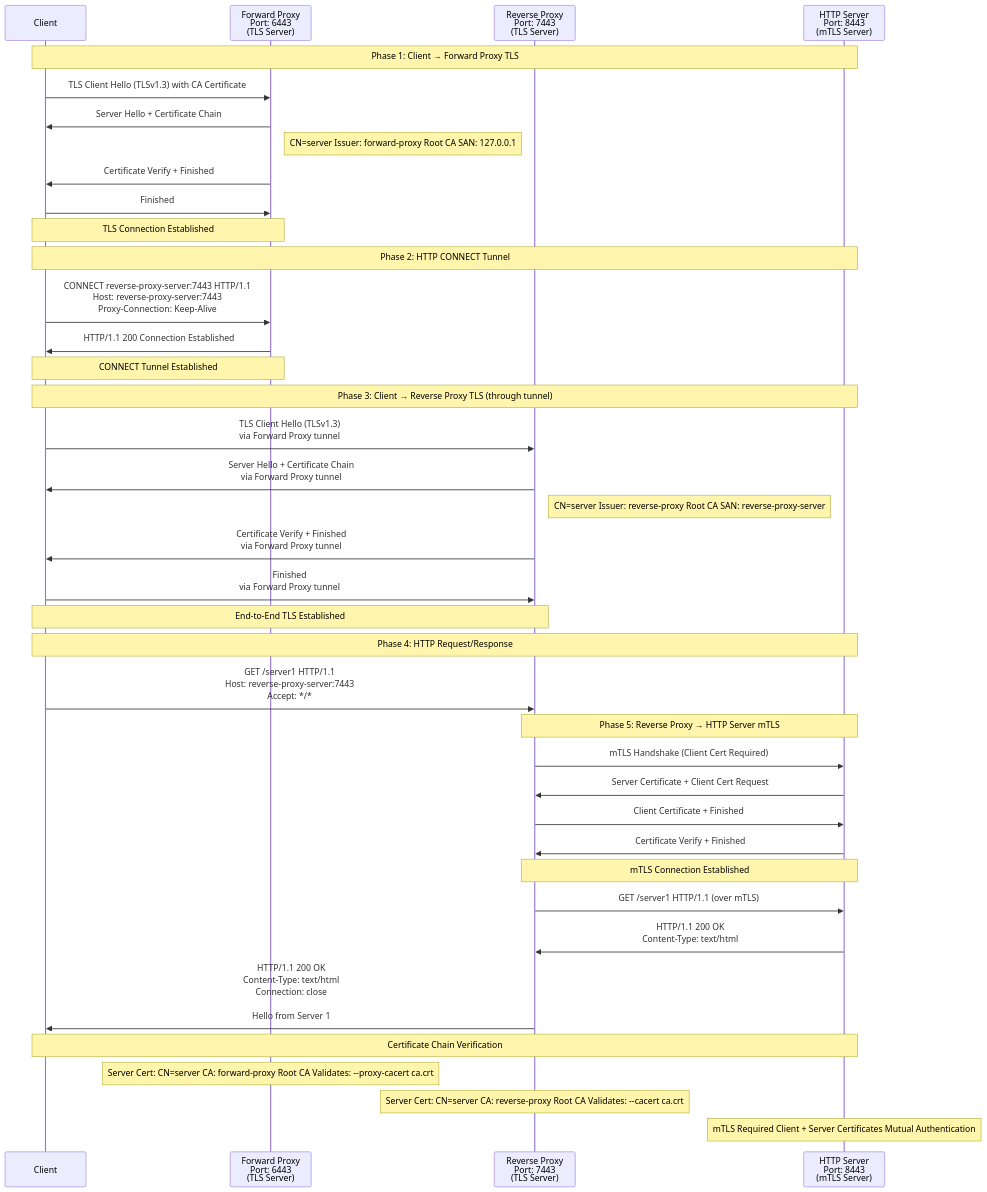
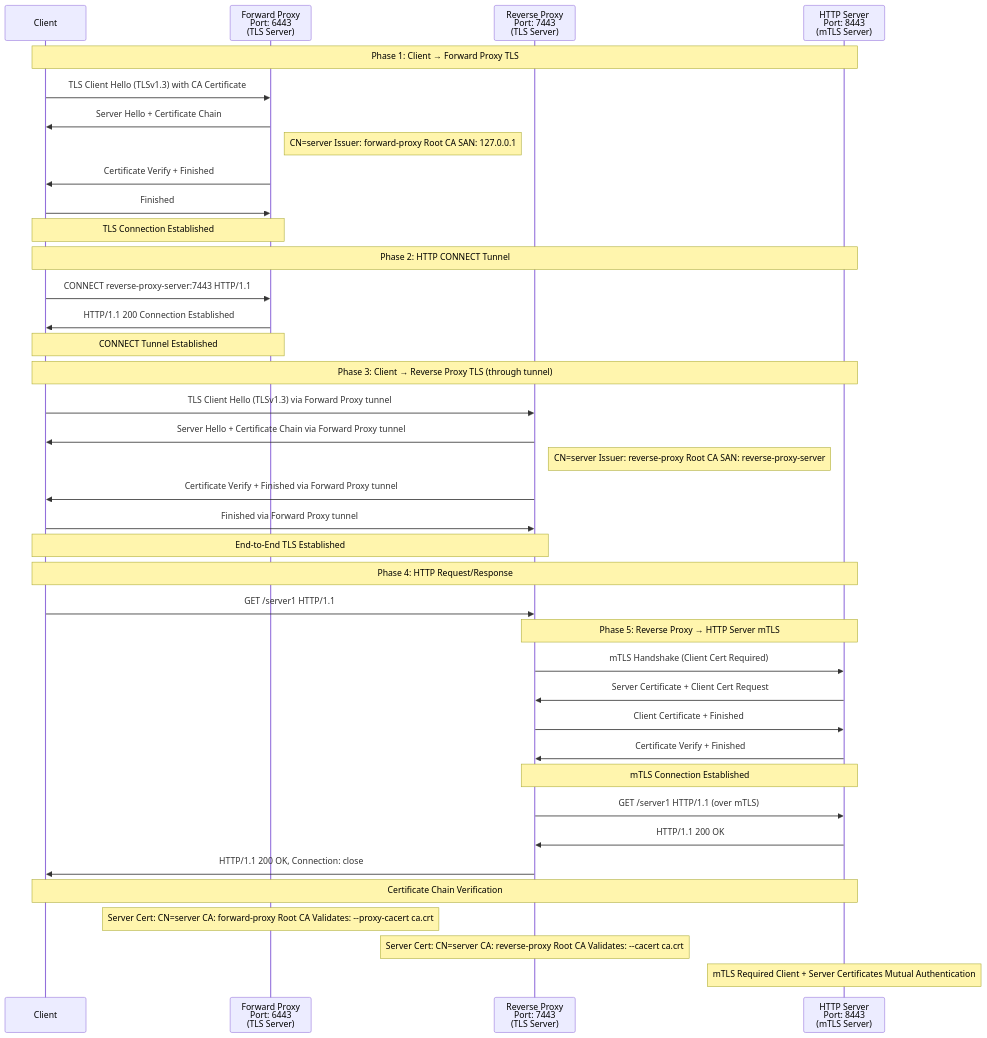
One commit to lmanohara/http-proxy-suite changed the second of 2 diagrams in README.md. Above: the diagram before and after it, drawn with Mermaid.

Commit message:
Remove br

````diff
--- a/README.md
+++ b/README.md
@@ -27,61 +27,61 @@
 ```mermaid
 sequenceDiagram
     participant Client
     participant ForwardProxy as Forward Proxy <br/>Port: 6443 <br/>(TLS Server)
     participant ReverseProxy as Reverse Proxy<br/>Port: 7443<br/>(TLS Server)
     participant HTTPServer as HTTP Server<br/>Port: 8443<br/>(mTLS Server)
 
     Note over Client,HTTPServer: Phase 1: Client → Forward Proxy TLS
 
     Client->>ForwardProxy: TLS Client Hello (TLSv1.3) with CA Certificate
     ForwardProxy->>Client: Server Hello + Certificate Chain
     Note right of ForwardProxy: CN=server Issuer: forward-proxy Root CA SAN: 127.0.0.1
     ForwardProxy->>Client: Certificate Verify + Finished
     Client->>ForwardProxy: Finished
     Note over Client,ForwardProxy: TLS Connection Established
 
     Note over Client,HTTPServer: Phase 2: HTTP CONNECT Tunnel
 
-    Client->>ForwardProxy: CONNECT reverse-proxy-server:7443 HTTP/1.1<br/>Host: reverse-proxy-server:7443<br/>Proxy-Connection: Keep-Alive
+    Client->>ForwardProxy: CONNECT reverse-proxy-server:7443 HTTP/1.1
     ForwardProxy->>Client: HTTP/1.1 200 Connection Established
     Note over Client,ForwardProxy: CONNECT Tunnel Established
 
     Note over Client,HTTPServer: Phase 3: Client → Reverse Proxy TLS (through tunnel)
 
-    Client->>ReverseProxy: TLS Client Hello (TLSv1.3)<br/>via Forward Proxy tunnel
-    ReverseProxy->>Client: Server Hello + Certificate Chain<br/>via Forward Proxy tunnel
+    Client->>ReverseProxy: TLS Client Hello (TLSv1.3) via Forward Proxy tunnel
+    ReverseProxy->>Client: Server Hello + Certificate Chain via Forward Proxy tunnel
     Note right of ReverseProxy: CN=server Issuer: reverse-proxy Root CA SAN: reverse-proxy-server
-    ReverseProxy->>Client: Certificate Verify + Finished<br/>via Forward Proxy tunnel
-    Client->>ReverseProxy: Finished<br/>via Forward Proxy tunnel
+    ReverseProxy->>Client: Certificate Verify + Finished via Forward Proxy tunnel
+    Client->>ReverseProxy: Finished via Forward Proxy tunnel
     Note over Client,ReverseProxy: End-to-End TLS Established
 
     Note over Client,HTTPServer: Phase 4: HTTP Request/Response
 
-    Client->>ReverseProxy: GET /server1 HTTP/1.1<br/>Host: reverse-proxy-server:7443<br/>Accept: */*
+    Client->>ReverseProxy: GET /server1 HTTP/1.1
     
     Note over ReverseProxy,HTTPServer: Phase 5: Reverse Proxy → HTTP Server mTLS
     
     ReverseProxy->>HTTPServer: mTLS Handshake (Client Cert Required)
     HTTPServer->>ReverseProxy: Server Certificate + Client Cert Request
     ReverseProxy->>HTTPServer: Client Certificate + Finished
     HTTPServer->>ReverseProxy: Certificate Verify + Finished
     Note over ReverseProxy,HTTPServer: mTLS Connection Established
     
     ReverseProxy->>HTTPServer: GET /server1 HTTP/1.1 (over mTLS)
-    HTTPServer->>ReverseProxy: HTTP/1.1 200 OK<br/>Content-Type: text/html
+    HTTPServer->>ReverseProxy: HTTP/1.1 200 OK
     
-    ReverseProxy->>Client: HTTP/1.1 200 OK<br/>Content-Type: text/html<br/>Connection: close<br/><br/>Hello from Server 1
+    ReverseProxy->>Client: HTTP/1.1 200 OK, Connection: close
 
     Note over Client,HTTPServer: Certificate Chain Verification
 
 
     Note over ForwardProxy: Server Cert: CN=server CA: forward-proxy Root CA Validates: --proxy-cacert ca.crt
 
 
 
     Note over ReverseProxy: Server Cert: CN=server CA: reverse-proxy Root CA Validates: --cacert ca.crt
 
 
 
     Note over HTTPServer: mTLS Required Client + Server Certificates Mutual Authentication
 ```
````
